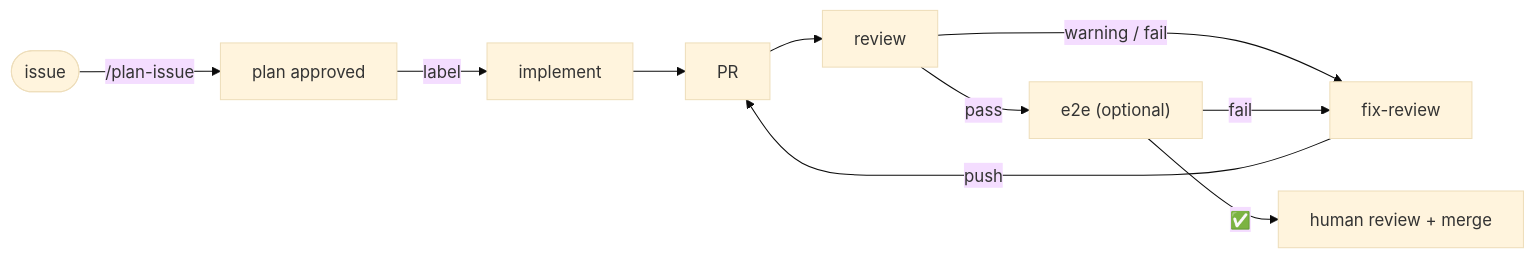
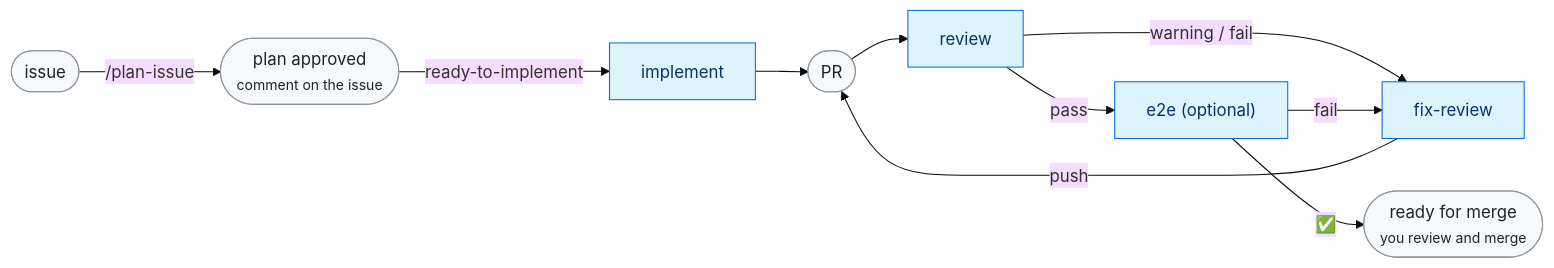
Before and after one commit to jmformenti/patufet: the diagram in README.md, drawn with Mermaid (base theme). The commit also changed other lines of this file, not shown here.

Commit message:
docs: tell states from stages in the README diagram
States are grey rounded boxes, the stages patufet runs are blue. The
approved plan says that it is a comment on the issue, the edge to implement
names the ready-to-implement label, and the end is the ready-for-merge state.

````diff
--- a/README.md
+++ b/README.md
@@ -7,12 +7,26 @@
 ```mermaid
 flowchart LR
-    issue([issue]) -->|"/plan-issue"| plan[plan approved]
-    plan -->|label| implement
-    implement --> pr[PR]
+    issue([issue])
+    plan(["plan approved<br/><small>comment on the issue</small>"])
+    implement[implement]
+    pr([PR])
+    review[review]
+    fix[fix-review]
+    e2e["e2e (optional)"]
+    ready(["ready for merge<br/><small>you review and merge</small>"])
+
+    issue -->|"/plan-issue"| plan
+    plan -->|"ready-to-implement"| implement
+    implement --> pr
     pr --> review
-    review -->|"warning / fail"| fix[fix-review]
+    review -->|"warning / fail"| fix
     fix -->|push| pr
-    review -->|pass| e2e["e2e (optional)"]
+    review -->|pass| e2e
     e2e -->|fail| fix
-    e2e -->|✅| human[human review + merge]
+    e2e -->|✅| ready
+
+    classDef state fill:#f6f8fa,stroke:#8c959f,color:#1f2328
+    classDef stage fill:#ddf4ff,stroke:#0969da,color:#0a3069
+    class issue,plan,pr,ready state
+    class implement,review,fix,e2e stage
 ```
````
